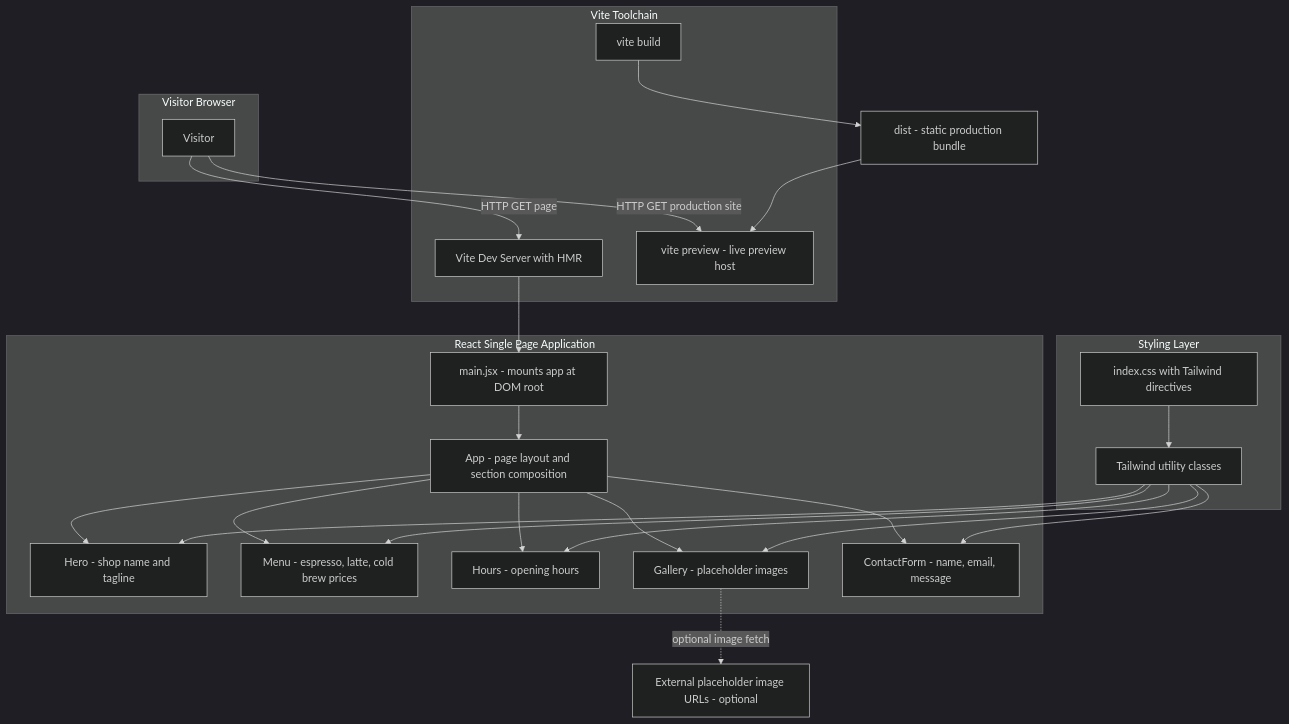
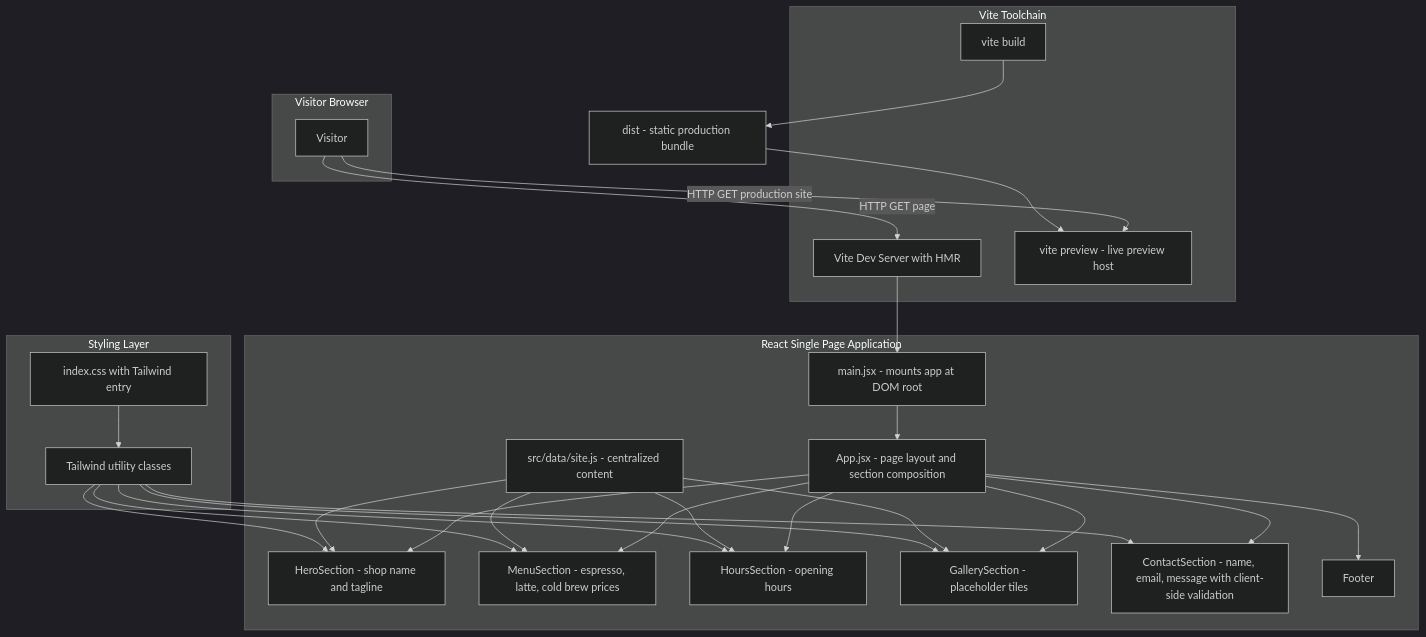
The first of 2 diagrams in docs/architecture.md (pinkesh-prajapati/demo-coffee-shop-9k2f), drawn with Mermaid (dark theme) before and after one commit. The commit also changed other lines of this file and 7 other files, not shown here.

````diff
--- a/docs/architecture.md
+++ b/docs/architecture.md
@@ -9,49 +9,54 @@
 ```mermaid
 flowchart TD
     subgraph Client["Visitor Browser"]
         U["Visitor"]
     end
 
     subgraph Toolchain["Vite Toolchain"]
         DEV["Vite Dev Server with HMR"]
         BUILD["vite build"]
         PREVIEW["vite preview - live preview host"]
     end
 
     subgraph App["React Single Page Application"]
         ENTRY["main.jsx - mounts app at DOM root"]
-        APP["App - page layout and section composition"]
-        HERO["Hero - shop name and tagline"]
-        MENU["Menu - espresso, latte, cold brew prices"]
-        HOURS["Hours - opening hours"]
-        GALLERY["Gallery - placeholder images"]
-        FORM["ContactForm - name, email, message"]
+        APP["App.jsx - page layout and section composition"]
+        DATA["src/data/site.js - centralized content"]
+        HERO["HeroSection - shop name and tagline"]
+        MENU["MenuSection - espresso, latte, cold brew prices"]
+        HOURS["HoursSection - opening hours"]
+        GALLERY["GallerySection - placeholder tiles"]
+        FORM["ContactSection - name, email, message with client-side validation"]
+        FOOTER["Footer"]
     end
 
     subgraph Styling["Styling Layer"]
-        CSS["index.css with Tailwind directives"]
+        CSS["index.css with Tailwind entry"]
         TW["Tailwind utility classes"]
     end
 
-    EXT["External placeholder image URLs - optional"]
     DIST["dist - static production bundle"]
 
     U -->|"HTTP GET page"| DEV
     U -->|"HTTP GET production site"| PREVIEW
     DEV --> ENTRY
     BUILD --> DIST
     DIST --> PREVIEW
     ENTRY --> APP
     APP --> HERO
     APP --> MENU
     APP --> HOURS
     APP --> GALLERY
     APP --> FORM
+    APP --> FOOTER
+    DATA --> HERO
+    DATA --> MENU
+    DATA --> HOURS
+    DATA --> GALLERY
     CSS --> TW
     TW --> HERO
     TW --> MENU
     TW --> HOURS
     TW --> GALLERY
     TW --> FORM
-    GALLERY -.->|"optional image fetch"| EXT
 ```
````
